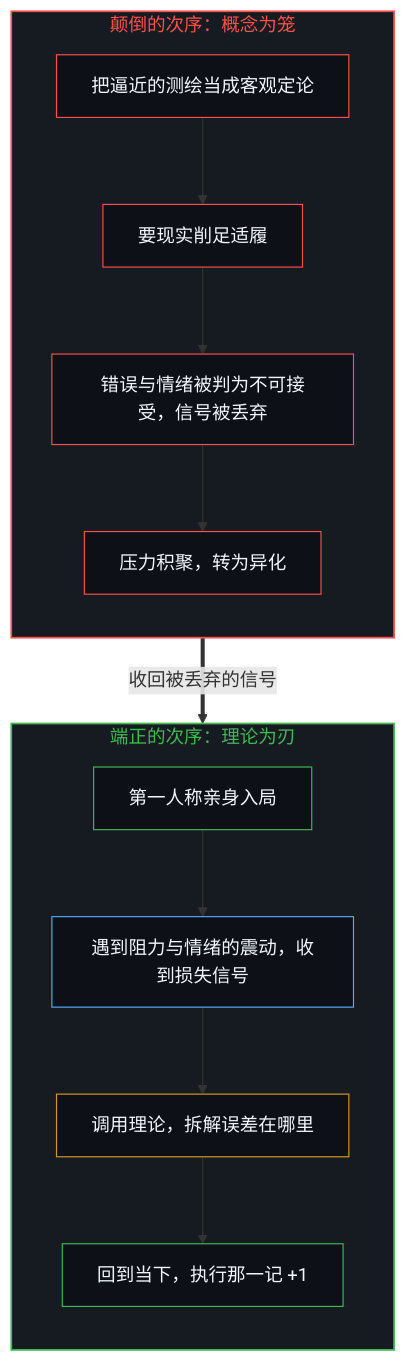
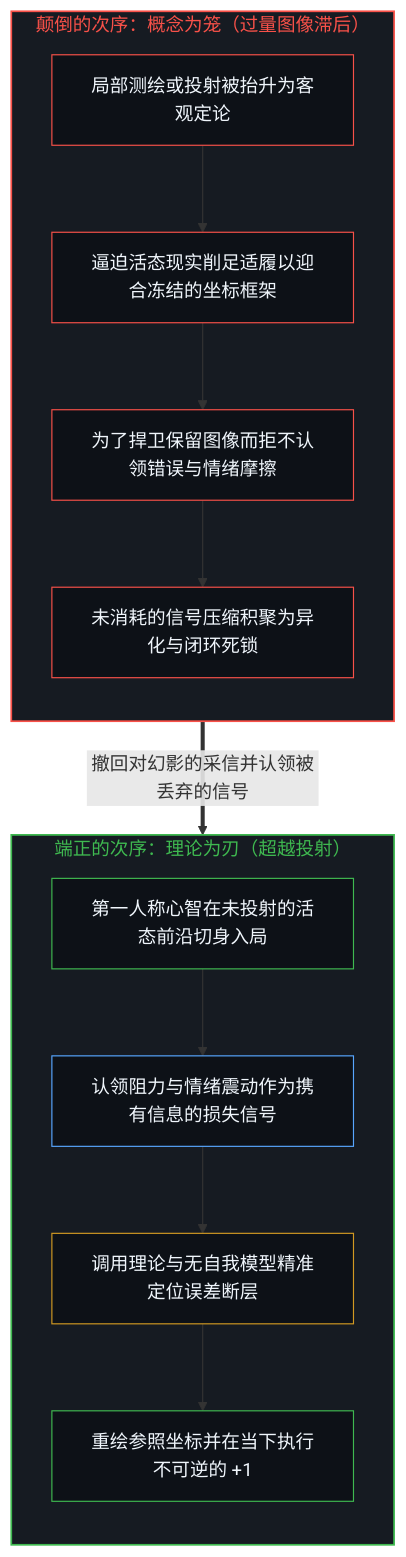
The first of 2 diagrams in content/posts/po-chu-gai-nian-de-jian-yue.md (powerpig99/not-a-toe), drawn with Mermaid before and after one commit. The commit also changed other lines of this file and 1 other file, not shown here.

````diff
--- a/content/posts/po-chu-gai-nian-de-jian-yue.md
+++ b/content/posts/po-chu-gai-nian-de-jian-yue.md
@@ -93,30 +77,30 @@
 ```mermaid
 flowchart TD
-    subgraph S_Rev["颠倒的次序：概念为笼"]
+    subgraph S_Rev["颠倒的次序：概念为笼（过量图像滞后）"]
         direction TB
-        R1["把逼近的测绘当成客观定论"]
-        R2["要现实削足适履"]
-        R3["错误与情绪被判为不可接受，信号被丢弃"]
-        R4["压力积聚，转为异化"]
+        R1["局部测绘或投射被抬升为客观定论"]
+        R2["逼迫活态现实削足适履以迎合冻结的坐标框架"]
+        R3["为了捍卫保留图像而拒不认领错误与情绪摩擦"]
+        R4["未消耗的信号压缩积聚为异化与闭环死锁"]
     end
-    subgraph S_Right["端正的次序：理论为刃"]
+    subgraph S_Right["端正的次序：理论为刃（超越投射）"]
         direction TB
-        G1["第一人称亲身入局"]
-        G2["遇到阻力与情绪的震动，收到损失信号"]
-        G3["调用理论，拆解误差在哪里"]
-        G4["回到当下，执行那一记 +1"]
+        G1["第一人称心智在未投射的活态前沿切身入局"]
+        G2["认领阻力与情绪震动作为携有信息的损失信号"]
+        G3["调用理论与无自我模型精准定位误差断层"]
+        G4["重绘参照坐标并在当下执行不可逆的 +1"]
     end
     R1 --> R2 --> R3 --> R4
     G1 --> G2 --> G3 --> G4
-    R4 ==>|"收回被丢弃的信号"| G1
+    R4 ==>|"撤回对幻影的采信并认领被丢弃的信号"| G1
     style S_Rev fill:#161b22,stroke:#f85149,stroke-width:1.5px,color:#f85149
     style S_Right fill:#161b22,stroke:#3fb950,stroke-width:1.5px,color:#3fb950
     style R1 fill:#0d1117,stroke:#f85149,stroke-width:1px,color:#f0f6fc
     style R2 fill:#0d1117,stroke:#f85149,stroke-width:1px,color:#f0f6fc
     style R3 fill:#0d1117,stroke:#f85149,stroke-width:1px,color:#f0f6fc
     style R4 fill:#0d1117,stroke:#f85149,stroke-width:1px,color:#f0f6fc
     style G1 fill:#0d1117,stroke:#3fb950,stroke-width:1px,color:#f0f6fc
     style G2 fill:#0d1117,stroke:#58a6ff,stroke-width:1px,color:#f0f6fc
     style G3 fill:#0d1117,stroke:#d29922,stroke-width:1px,color:#f0f6fc
     style G4 fill:#0d1117,stroke:#3fb950,stroke-width:1px,color:#f0f6fc
 ```
````
